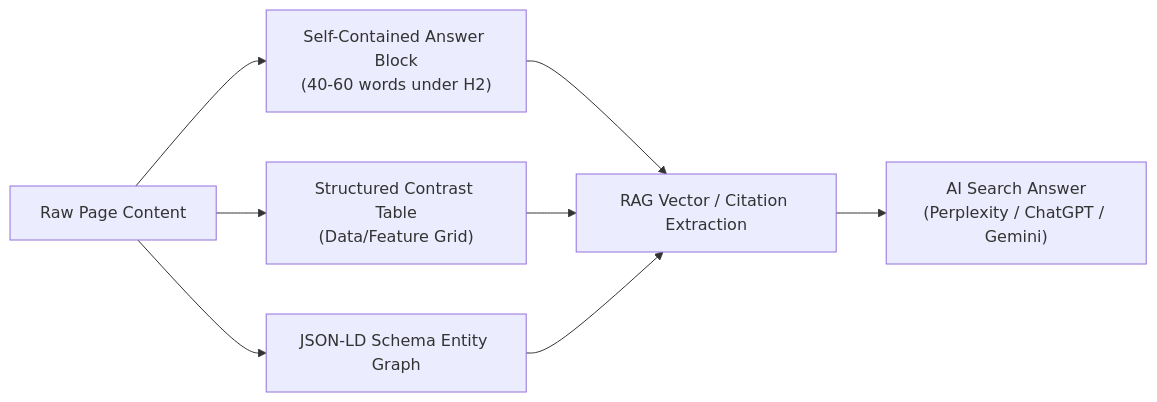
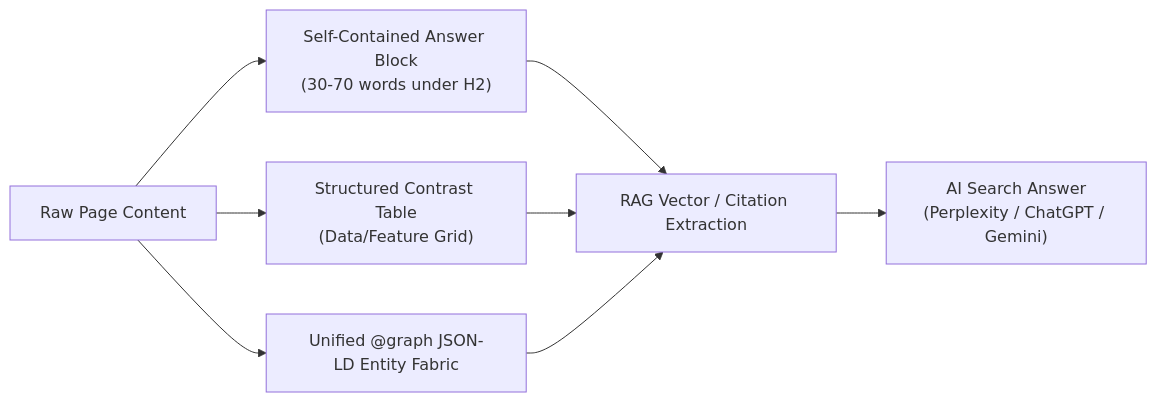
Before and after one commit to heymegabyte/agent-skills: the diagram in 23-content-seo/SKILL.md, drawn with Mermaid. The commit also changed other lines of this file and 3 other files, not shown here.

Commit message:
feat(seo): upgrade 15 golden post mandates, audio player, and unified schema graph

````diff
--- a/23-content-seo/SKILL.md
+++ b/23-content-seo/SKILL.md
@@ -88,10 +88,10 @@
 ```mermaid
 flowchart LR
-    A["Raw Page Content"] --> B["Self-Contained Answer Block<br/>(40-60 words under H2)"]
+    A["Raw Page Content"] --> B["Self-Contained Answer Block<br/>(30-70 words under H2)"]
     A --> C["Structured Contrast Table<br/>(Data/Feature Grid)"]
-    A --> D["JSON-LD Schema Entity Graph"]
+    A --> D["Unified @graph JSON-LD Entity Fabric"]
     B --> E["RAG Vector / Citation Extraction"]
     C --> E
     D --> E
     E --> F["AI Search Answer<br/>(Perplexity / ChatGPT / Gemini)"]
 ```
````
